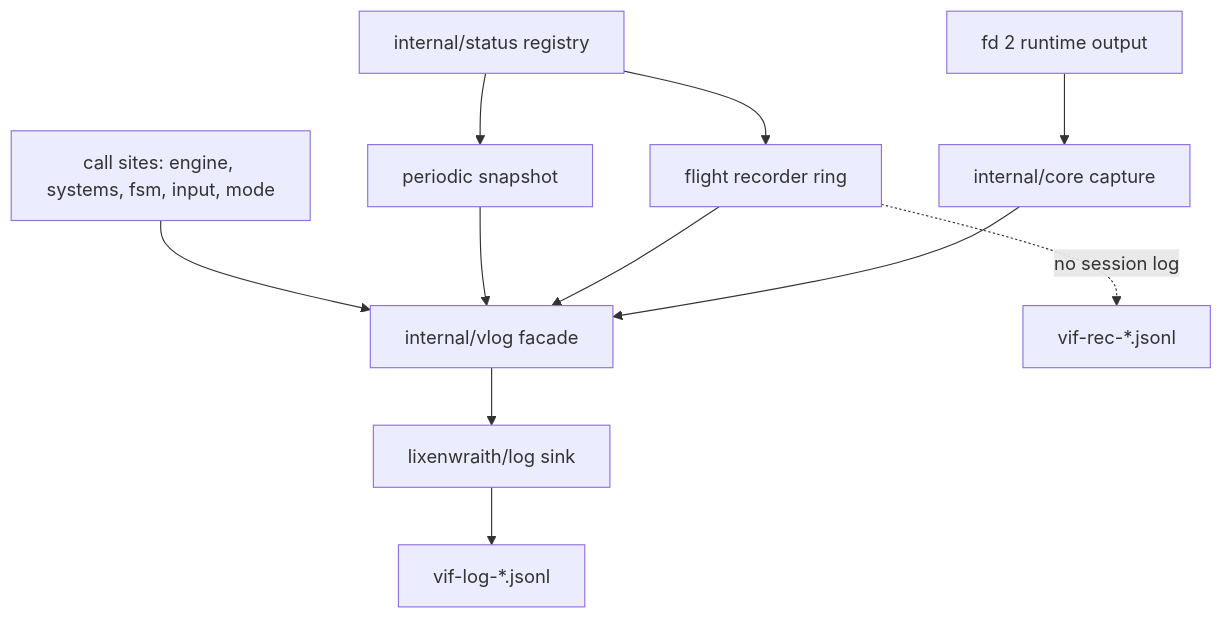
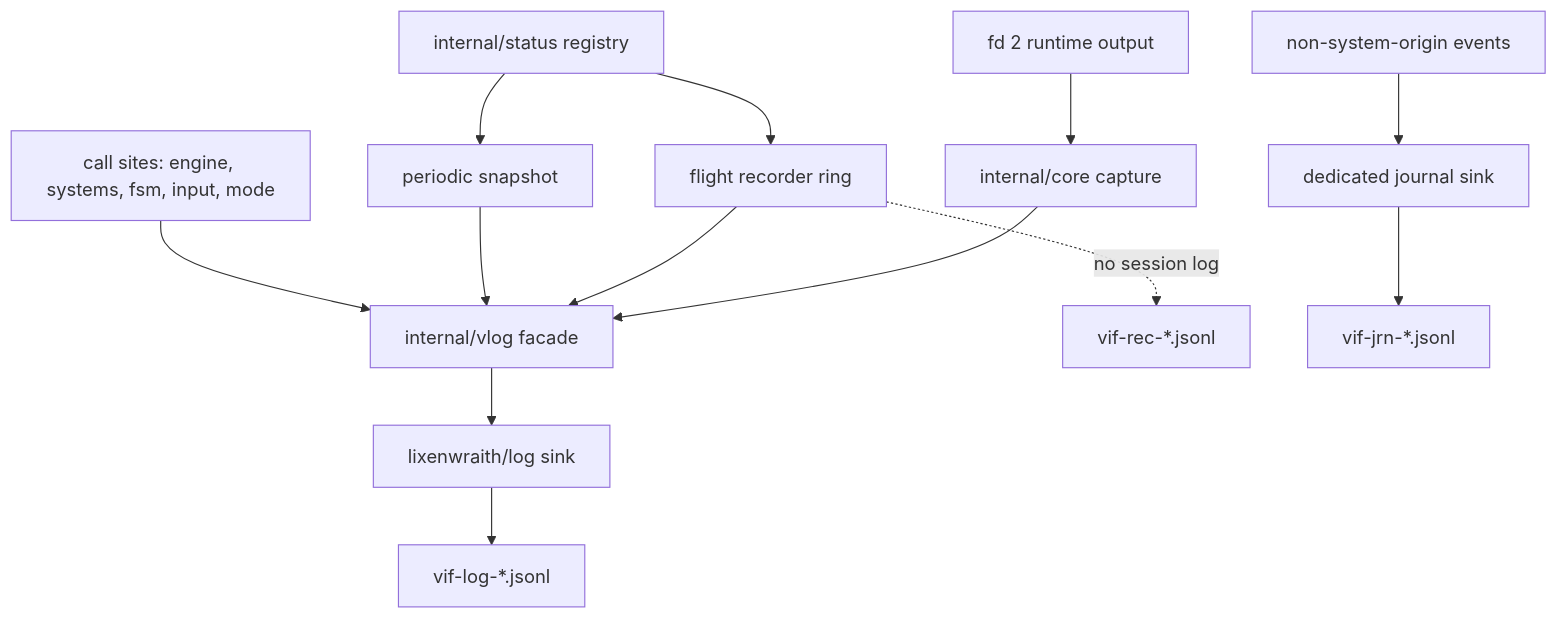
Before and after one commit to lixenwraith/vi-fighter: the diagram in doc/logging-and-diagnostics.md, drawn with Mermaid. The commit also changed other lines of this file and 15 other files, not shown here.

````diff
--- a/doc/logging-and-diagnostics.md
+++ b/doc/logging-and-diagnostics.md
@@ -16,13 +16,15 @@
 ```mermaid
 flowchart TD
     Call["call sites: engine, systems, fsm, input, mode"] --> Vlog["internal/vlog facade"]
     Status["internal/status registry"] --> Snapshot["periodic snapshot"]
     Status --> Recorder["flight recorder ring"]
     Snapshot --> Vlog
     Recorder --> Vlog
     Stderr["fd 2 runtime output"] --> Capture["internal/core capture"]
     Capture --> Vlog
     Vlog --> Sink["lixenwraith/log sink"]
     Sink --> File["vif-log-*.jsonl"]
     Recorder -.no session log.-> Side["vif-rec-*.jsonl"]
+    Journal["non-system-origin events"] --> JSink["dedicated journal sink"]
+    JSink --> JFile["vif-jrn-*.jsonl"]
 ```
````
